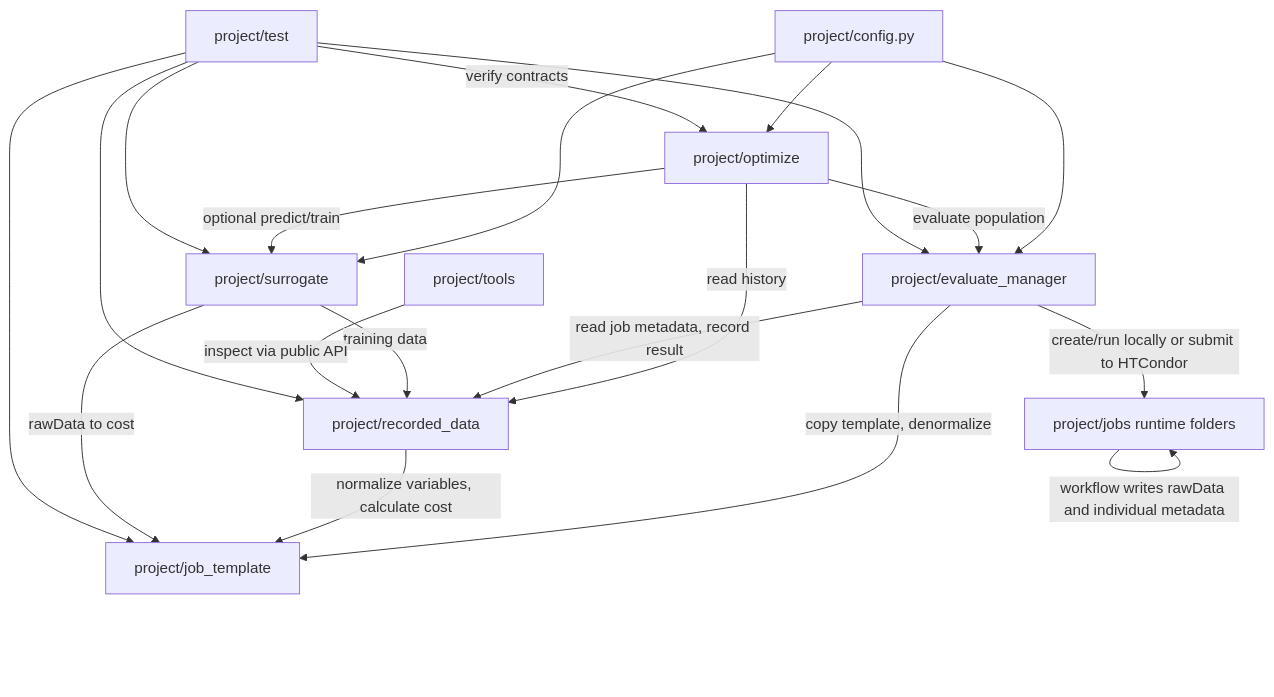
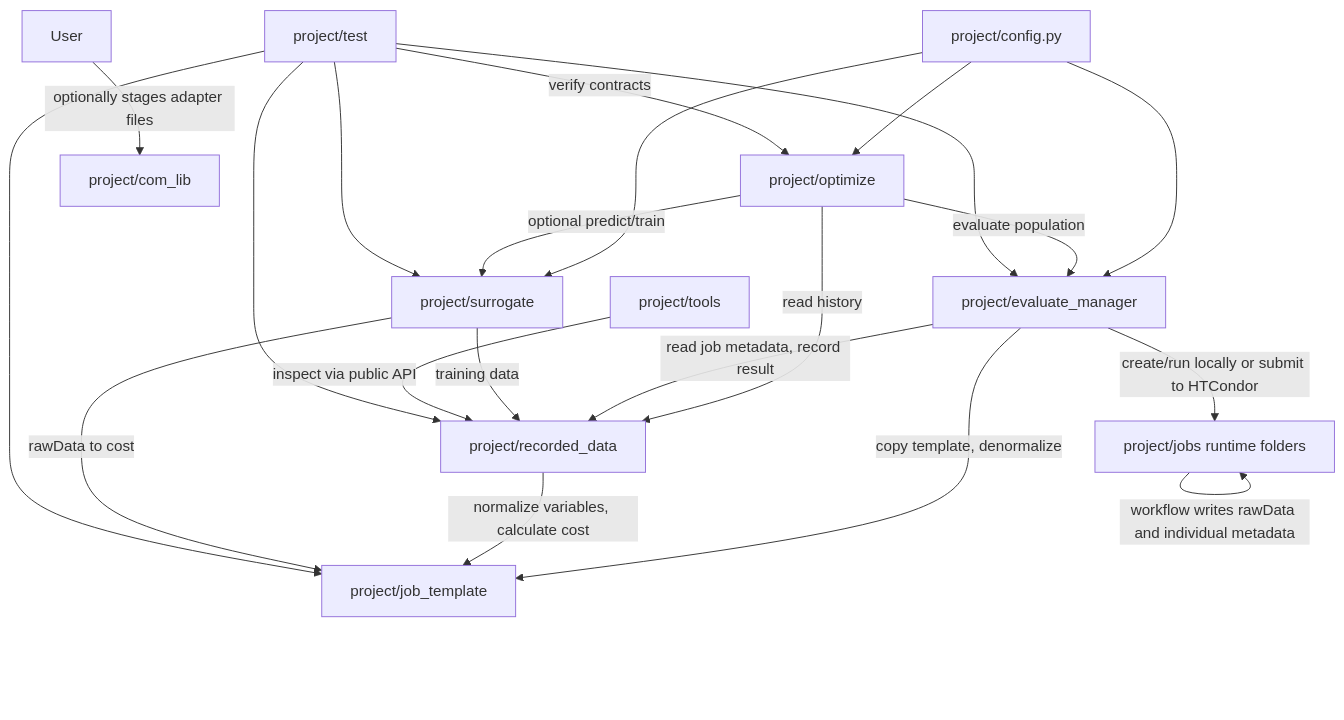
The diagram in dev_doc/architecture/c4_container.md (YS-Pan/yadof), drawn with Mermaid before and after one commit. The commit also changed other lines of this file and 38 other files, not shown here.

````diff
--- a/dev_doc/architecture/c4_container.md
+++ b/dev_doc/architecture/c4_container.md
@@ -5,26 +5,27 @@
 ```mermaid
 flowchart TD
     Config["project/config.py"] --> Optimize["project/optimize"]
     Config --> Evaluate["project/evaluate_manager"]
     Config --> Surrogate["project/surrogate"]
 
     Optimize -->|evaluate population| Evaluate
     Optimize -->|read history| Recorded["project/recorded_data"]
     Optimize -->|optional predict/train| Surrogate
 
     Evaluate -->|copy template, denormalize| Template["project/job_template"]
+    User -->|optionally stages adapter files| ComLib["project/com_lib"]
     Evaluate -->|create/run locally or submit to HTCondor| Jobs["project/jobs runtime folders"]
     Jobs -->|workflow writes rawData and individual metadata| Jobs
     Evaluate -->|read job metadata, record result| Recorded
 
     Recorded -->|normalize variables, calculate cost| Template
     Surrogate -->|training data| Recorded
     Surrogate -->|rawData to cost| Template
 
     Tools["project/tools"] -->|inspect via public API| Recorded
     Tests["project/test"] -->|verify contracts| Optimize
     Tests --> Evaluate
     Tests --> Template
     Tests --> Recorded
     Tests --> Surrogate
 ```
````
